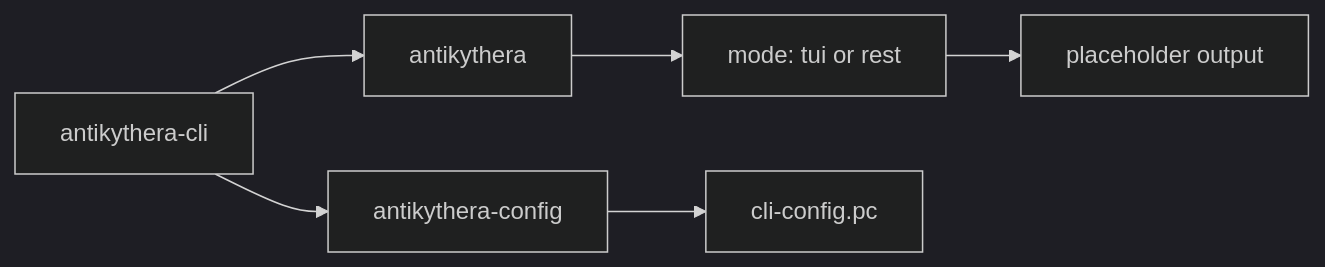
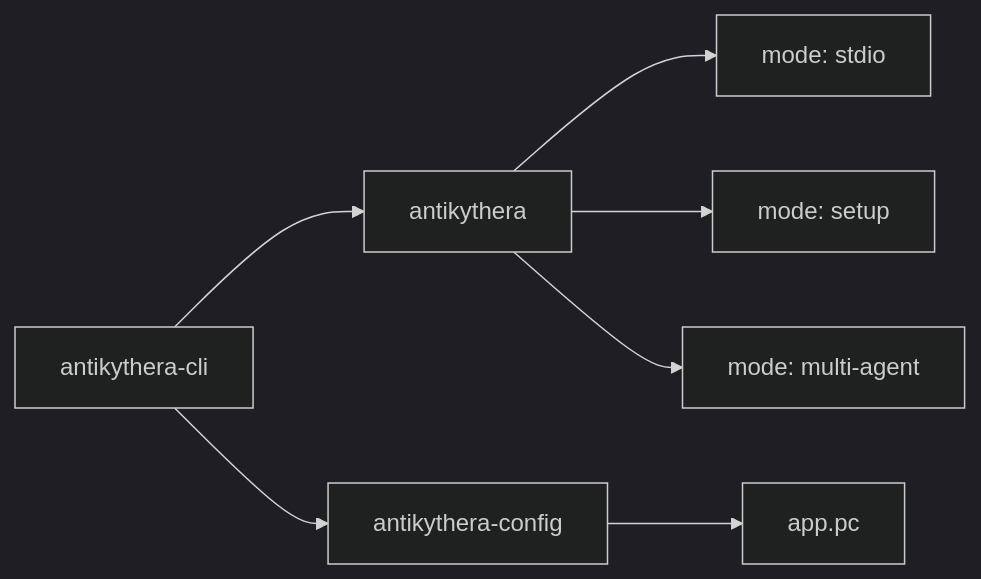
Before and after one commit to tsfarizi/antikhitera-mcp-client: the first of 3 diagrams in documentation/CLI.md, drawn with Mermaid (dark theme). The commit also changed other lines of this file and 39 other files, not shown here.

````diff
--- a/documentation/CLI.md
+++ b/documentation/CLI.md
@@ -7,9 +7,10 @@
 ```mermaid
 flowchart LR
     CLI_CRATE[antikythera-cli]
     CLI_CRATE --> MAIN[antikythera]
     CLI_CRATE --> CONFIG[antikythera-config]
-    MAIN --> MODE[mode: tui or rest]
-    MODE --> PLACEHOLDER[placeholder output]
-    CONFIG --> PC[cli-config.pc]
+    MAIN --> STDIO[mode: stdio]
+    MAIN --> SETUP[mode: setup]
+    MAIN --> MULTI[mode: multi-agent]
+    CONFIG --> PC[app.pc]
 ```
````
